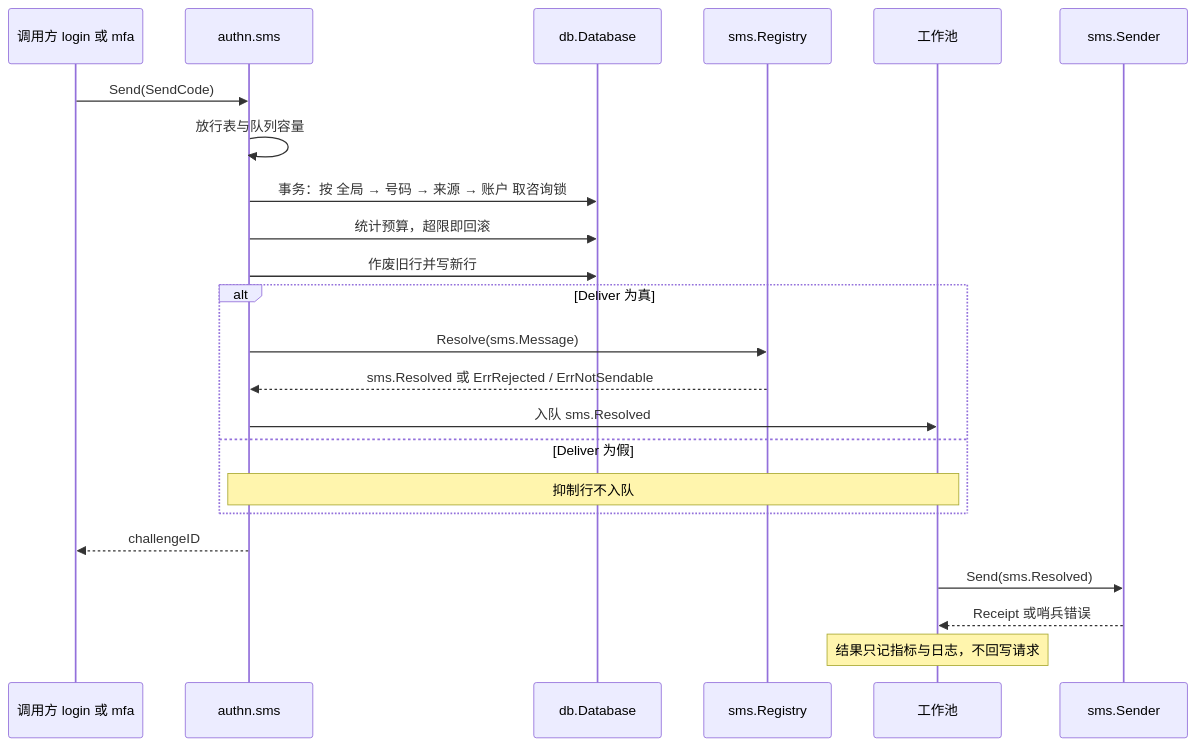
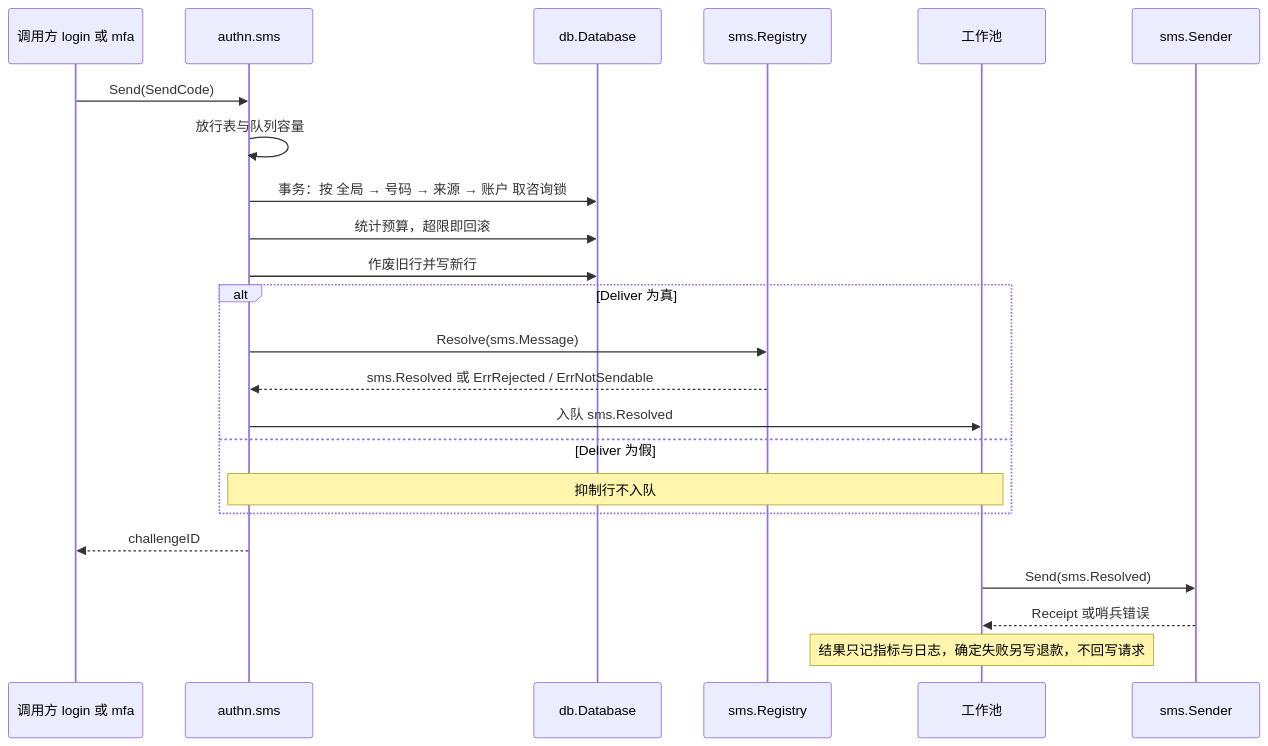
One commit to wangzw/speed changed the second of 4 diagrams in docs/design/modules/authn/design-authn-sms.md. Above: the diagram before and after it, drawn with Mermaid. The commit also changed other lines of this file and 8 other files, not shown here.

````diff
--- a/docs/design/modules/authn/design-authn-sms.md
+++ b/docs/design/modules/authn/design-authn-sms.md
@@ -202,25 +202,25 @@
 ```mermaid
 sequenceDiagram
     participant C as 调用方 login 或 mfa
     participant S as authn.sms
     participant D as db.Database
     participant R as sms.Registry
     participant P as 工作池
     participant V as sms.Sender
     C->>S: Send(SendCode)
     S->>S: 放行表与队列容量
     S->>D: 事务：按 全局 → 号码 → 来源 → 账户 取咨询锁
     S->>D: 统计预算，超限即回滚
     S->>D: 作废旧行并写新行
     alt Deliver 为真
         S->>R: Resolve(sms.Message)
         R-->>S: sms.Resolved 或 ErrRejected / ErrNotSendable
         S->>P: 入队 sms.Resolved
     else Deliver 为假
         Note over S,P: 抑制行不入队
     end
     S-->>C: challengeID
     P->>V: Send(sms.Resolved)
     V-->>P: Receipt 或哨兵错误
-    Note over P: 结果只记指标与日志，不回写请求
+    Note over P: 结果只记指标与日志，确定失败另写退款，不回写请求
 ```
````
